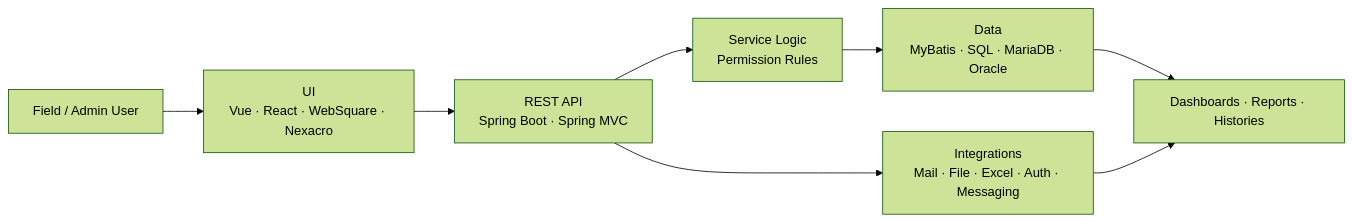
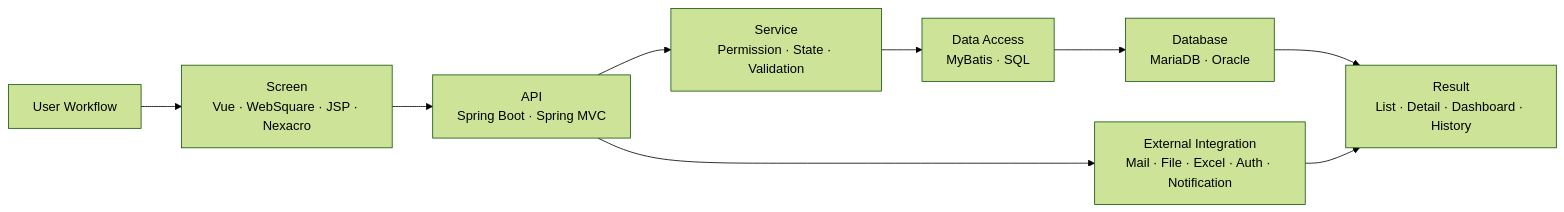
Before and after one commit to YongjaeKwon/YongjaeKwon: the diagram in README.md, drawn with Mermaid (forest theme). The commit also changed other lines of this file, not shown here.

````diff
--- a/README.md
+++ b/README.md
@@ -113,10 +120,11 @@
 ```mermaid
 flowchart LR
-  A["Field / Admin User"] --> B["UI<br/>Vue · React · WebSquare · Nexacro"]
-  B --> C["REST API<br/>Spring Boot · Spring MVC"]
-  C --> D["Service Logic<br/>Permission Rules"]
-  D --> E["Data<br/>MyBatis · SQL · MariaDB · Oracle"]
-  C --> F["Integrations<br/>Mail · File · Excel · Auth · Messaging"]
-  E --> G["Dashboards · Reports · Histories"]
-  F --> G
+  A["User Workflow"] --> B["Screen<br/>Vue · WebSquare · JSP · Nexacro"]
+  B --> C["API<br/>Spring Boot · Spring MVC"]
+  C --> D["Service<br/>Permission · State · Validation"]
+  D --> E["Data Access<br/>MyBatis · SQL"]
+  E --> F["Database<br/>MariaDB · Oracle"]
+  C --> G["External Integration<br/>Mail · File · Excel · Auth · Notification"]
+  F --> H["Result<br/>List · Detail · Dashboard · History"]
+  G --> H
 ```
````
